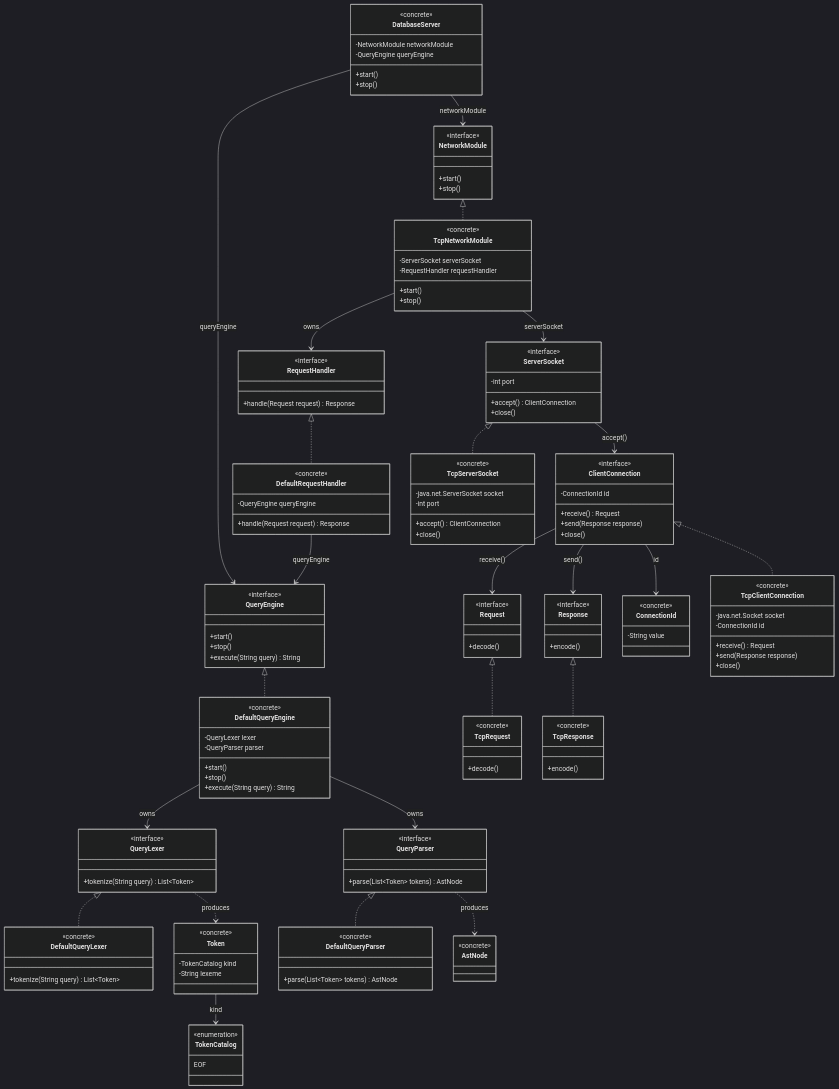
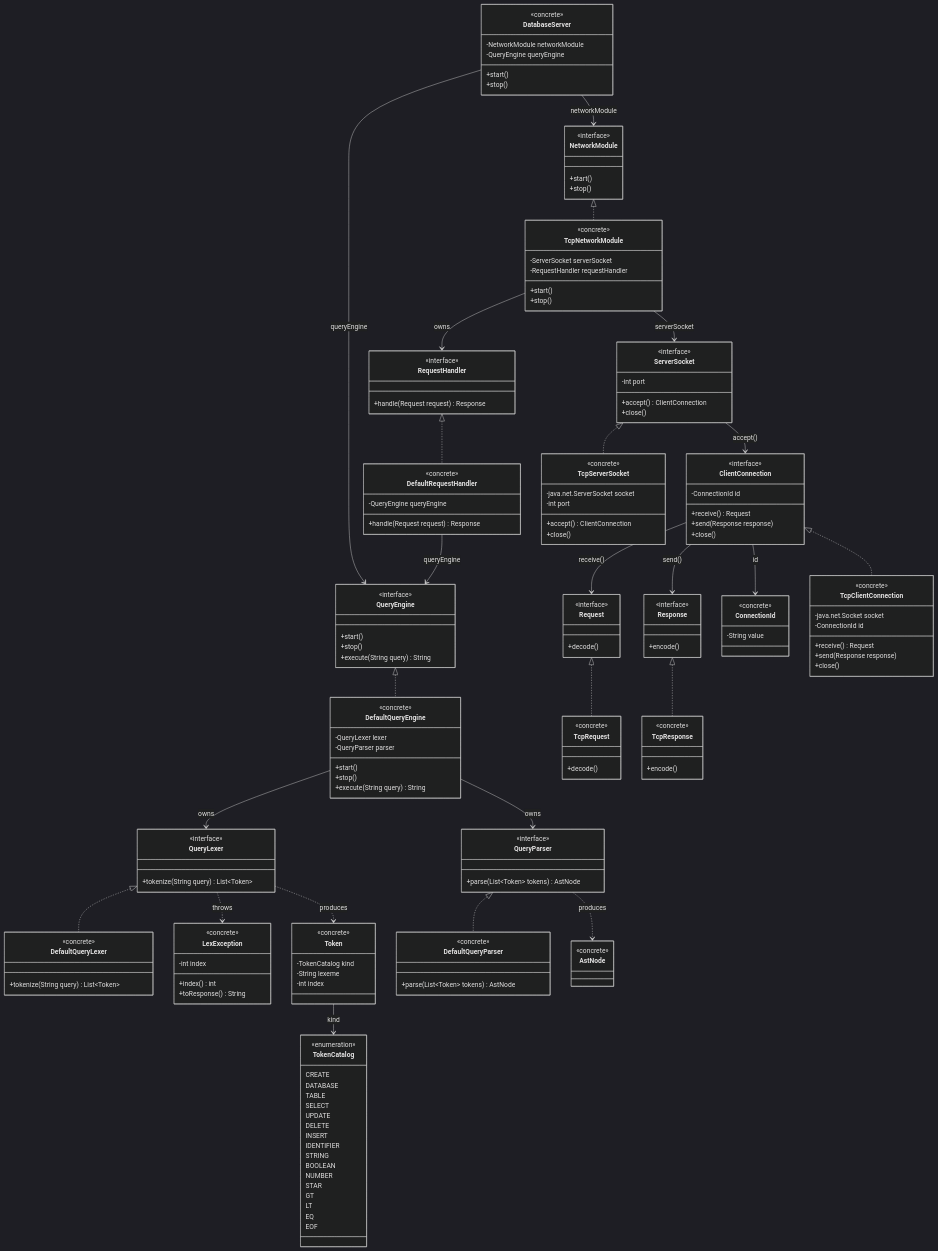
The diagram in docs/lld/java-database-lld.md (ItsPalash13/java-db), drawn with Mermaid (dark theme) before and after one commit. The commit also changed 9 other files, not shown here.

Commit message:
feat: Implement query lexer with keywords, literals, operators, and indexed lex errors.

```diff
--- a/docs/lld/java-database-lld.md
+++ b/docs/lld/java-database-lld.md
@@ -53,8 +53,30 @@
         +tokenize(String query) List~Token~
     }
 
+    class LexException {
+        <<concrete>>
+        -int index
+        +index() int
+        +toResponse() String
+    }
+
     class TokenCatalog {
         <<enumeration>>
+        CREATE
+        DATABASE
+        TABLE
+        SELECT
+        UPDATE
+        DELETE
+        INSERT
+        IDENTIFIER
+        STRING
+        BOOLEAN
+        NUMBER
+        STAR
+        GT
+        LT
+        EQ
         EOF
     }
 
@@ -62,6 +84,7 @@
         <<concrete>>
         -TokenCatalog kind
         -String lexeme
+        -int index
     }
 
     class QueryParser {
@@ -157,6 +180,7 @@
     DefaultQueryEngine --> QueryLexer : owns
     DefaultQueryEngine --> QueryParser : owns
     QueryLexer ..> Token : produces
+    QueryLexer ..> LexException : throws
     QueryParser ..> AstNode : produces
     Token --> TokenCatalog : kind
 
```
